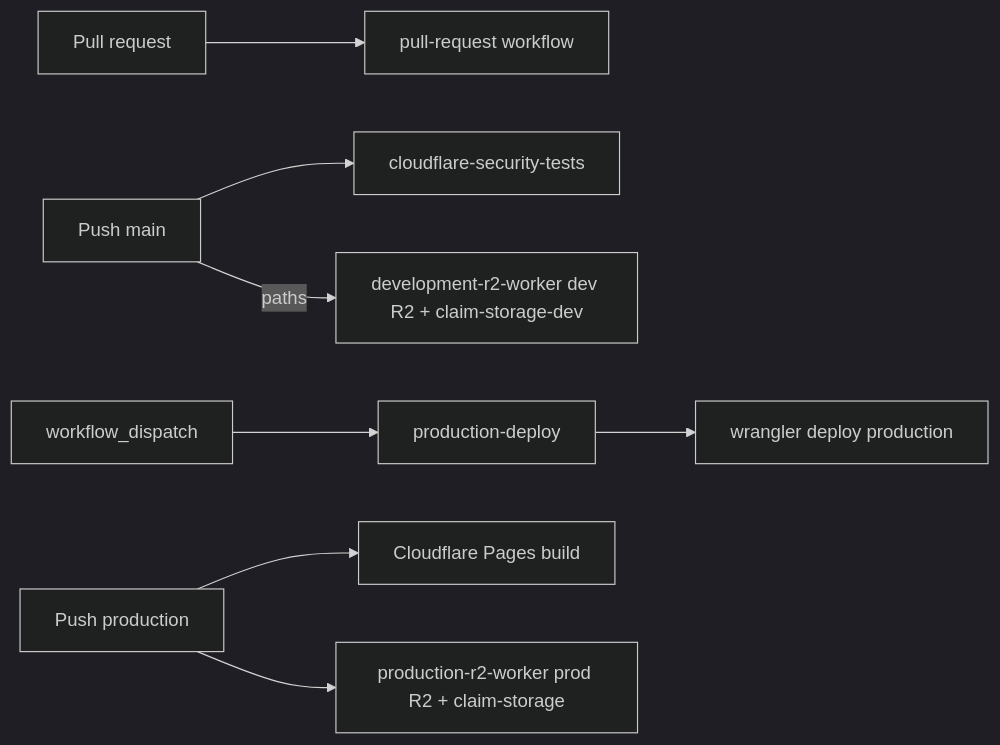
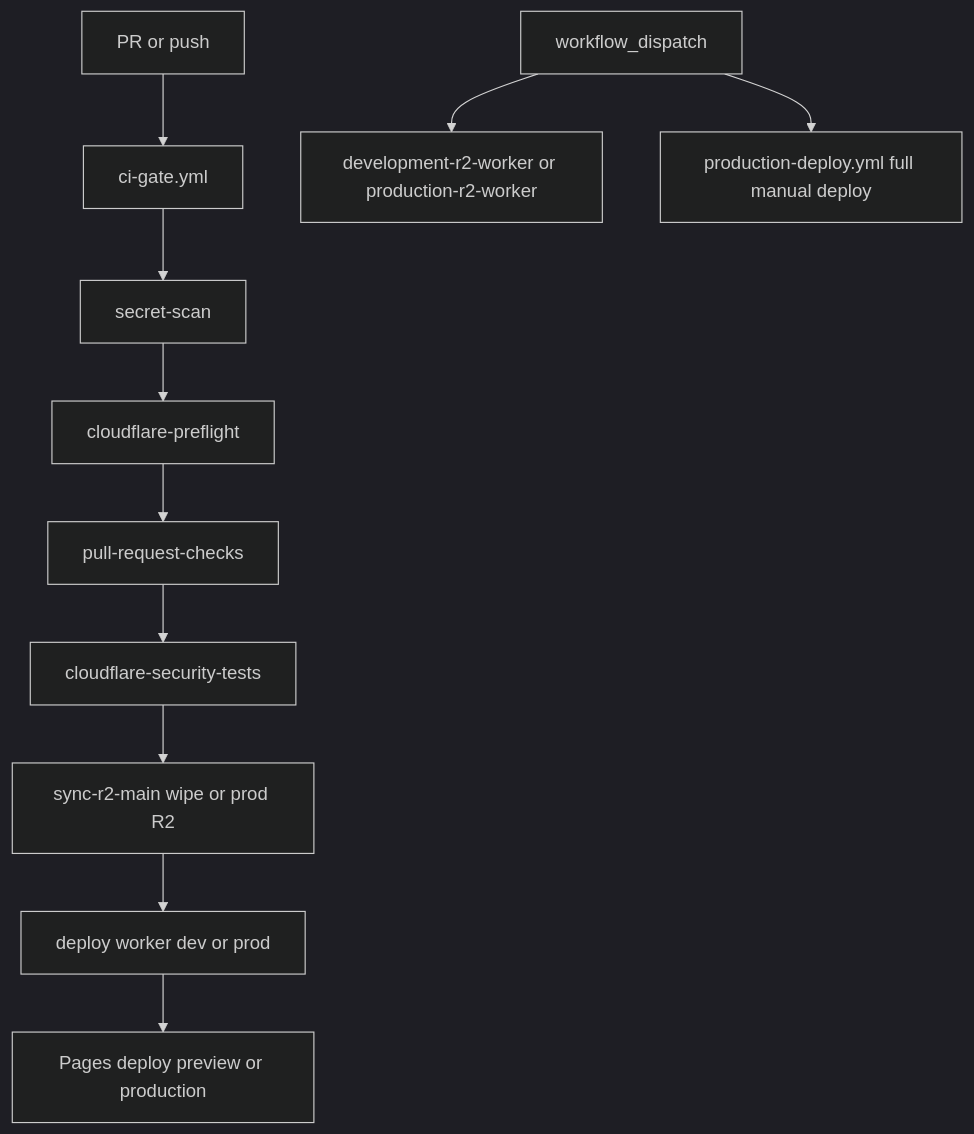
One commit to ocentra/ocentra-games changed the diagram in infra/cloudflare/docs/WORKFLOW-UPDATE-GUIDE.md. Above: the diagram before and after it, drawn with Mermaid (dark theme). The commit also changed other lines of this file and 25 other files, not shown here.

````diff
--- a/infra/cloudflare/docs/WORKFLOW-UPDATE-GUIDE.md
+++ b/infra/cloudflare/docs/WORKFLOW-UPDATE-GUIDE.md
@@ -11,10 +21,13 @@
 ```mermaid
-flowchart LR
-  PR[Pull request] --> PRWF[pull-request workflow]
-  Main[Push main] --> Sec[cloudflare-security-tests]
-  Main -->|paths| DevR2[development-r2-worker dev R2 + claim-storage-dev]
-  Dispatch[workflow_dispatch] --> Deploy[production-deploy]
-  Deploy --> Worker[wrangler deploy production]
-  ProdPush[Push production] --> Pages[Cloudflare Pages build]
-  ProdPush --> R2W[production-r2-worker prod R2 + claim-storage]
+flowchart TD
+  PR[PR or push] --> CG[ci-gate.yml]
+  CG --> S[secret-scan]
+  S --> P[cloudflare-preflight]
+  P --> Q[pull-request-checks]
+  Q --> CF[cloudflare-security-tests]
+  CF --> R2M[sync-r2-main wipe or prod R2]
+  R2M --> WD[deploy worker dev or prod]
+  WD --> PG[Pages deploy preview or production]
+  Manual[workflow_dispatch] --> R2Manual[development-r2-worker or production-r2-worker]
+  Manual --> PD[production-deploy.yml full manual deploy]
 ```
````
